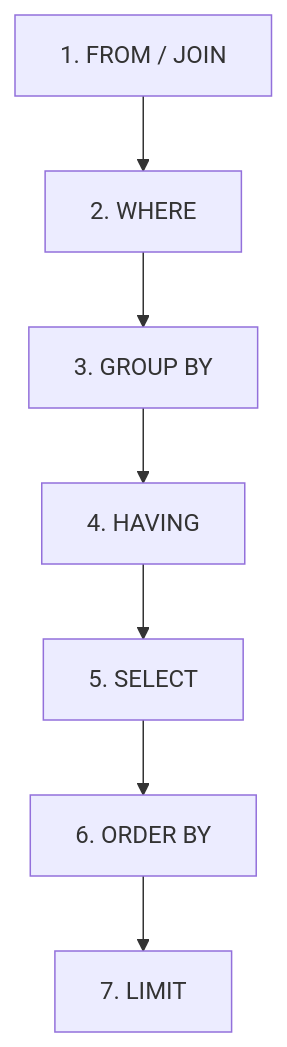
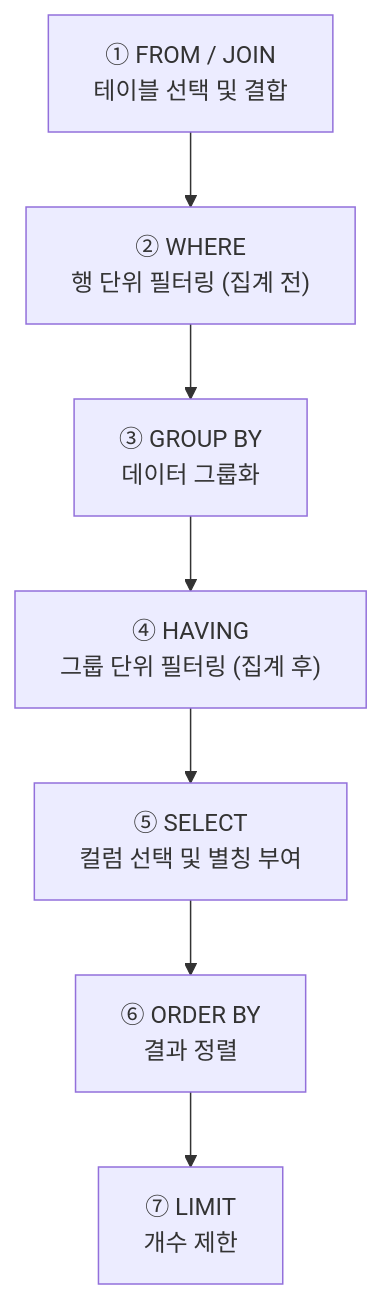
One commit to omm0716/omm0716.github.io changed the diagram in _posts/2026-04-28-database-sql-join.md. Above: the diagram before and after it, drawn with Mermaid. The commit also changed other lines of this file and 7 other files, not shown here.

````diff
--- a/_posts/2026-04-28-database-sql-join.md
+++ b/_posts/2026-04-28-database-sql-join.md
@@ -40,9 +121,9 @@
 ```mermaid
 graph TD
-    A[1. FROM / JOIN] --> B[2. WHERE]
-    B --> C[3. GROUP BY]
-    C --> D[4. HAVING]
-    D --> E[5. SELECT]
-    E --> F[6. ORDER BY]
-    F --> G[7. LIMIT]
+    A["① FROM / JOIN<br>테이블 선택 및 결합"] --> B["② WHERE<br>행 단위 필터링 (집계 전)"]
+    B --> C["③ GROUP BY<br>데이터 그룹화"]
+    C --> D["④ HAVING<br>그룹 단위 필터링 (집계 후)"]
+    D --> E["⑤ SELECT<br>컬럼 선택 및 별칭 부여"]
+    E --> F["⑥ ORDER BY<br>결과 정렬"]
+    F --> G["⑦ LIMIT<br>개수 제한"]
 ```
````
